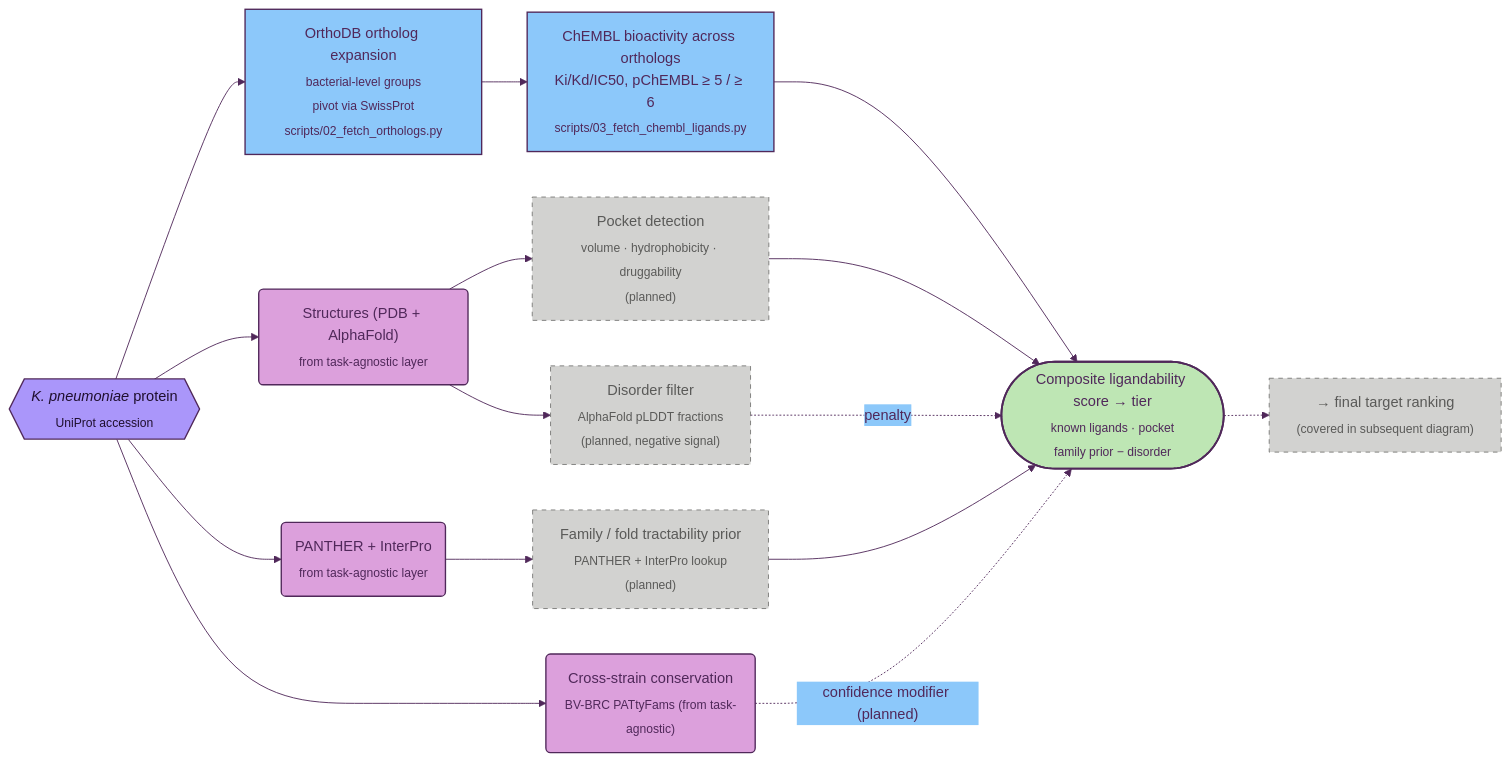
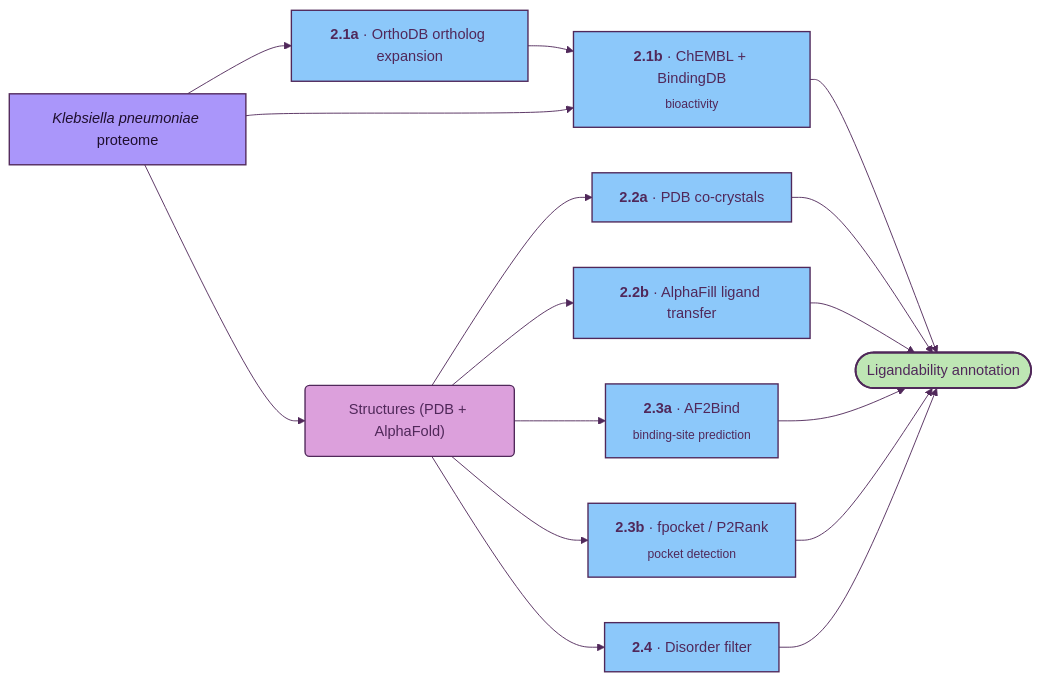
One commit to ersilia-os/gradi-target-prioritization changed the diagram in docs/02_ligandability.md. Above: the diagram before and after it, drawn with Mermaid. The commit also changed other lines of this file and 5 other files, not shown here.

Commit message:
working on diagrams

````diff
--- a/docs/02_ligandability.md
+++ b/docs/02_ligandability.md
@@ -13,37 +5,37 @@
 ```mermaid
 %%{init: {'theme':'base','themeVariables':{'primaryColor':'#FAD782','primaryBorderColor':'#50285A','primaryTextColor':'#50285A','lineColor':'#50285A','secondaryColor':'#8CC8FA','tertiaryColor':'#BEE6B4','clusterBkg':'#F0F0EE','clusterBorder':'#B0B0AE','titleColor':'#50285A','fontFamily':'Inter, system-ui, sans-serif'}}}%%
 flowchart LR
     classDef source    fill:#AA96FA,stroke:#50285A,stroke-width:1.5px,color:#1F0F2E
     classDef dataset   fill:#FAD782,stroke:#50285A,stroke-width:1.5px,color:#50285A
     classDef method    fill:#8CC8FA,stroke:#50285A,stroke-width:1.5px,color:#50285A
     classDef embedding fill:#AA96FA,stroke:#50285A,stroke-width:1.5px,color:#1F0F2E
     classDef result    fill:#BEE6B4,stroke:#50285A,stroke-width:2px,color:#50285A
     classDef tagnostic fill:#DCA0DC,stroke:#50285A,stroke-width:1.5px,color:#50285A
     classDef stub      fill:#FAA08C,stroke:#50285A,stroke-width:1.5px,stroke-dasharray:6 3,color:#50285A
     classDef planned   fill:#D2D2D0,stroke:#7A7A78,stroke-width:1px,stroke-dasharray:5 5,color:#5A5A58
 
-    P{{"<i>K. pneumoniae</i> protein<br/><sub>UniProt accession</sub>"}}:::source
+    P["<i>Klebsiella pneumoniae</i> proteome"]:::source
 
-    STR("Structures (PDB + AlphaFold)<br/><sub>from task-agnostic layer</sub>"):::tagnostic
-    FAM("PANTHER + InterPro<br/><sub>from task-agnostic layer</sub>"):::tagnostic
-    CONS("Cross-strain conservation<br/><sub>BV-BRC PATtyFams (from task-agnostic)</sub>"):::tagnostic
+    STR("Structures (PDB + AlphaFold)"):::tagnostic
 
-    P --> ORTH["OrthoDB ortholog expansion<br/><sub>bacterial-level groups<br/>pivot via SwissProt</sub><br/><sub>scripts/02_fetch_orthologs.py</sub>"]:::method
-    ORTH --> CHEM["ChEMBL bioactivity across orthologs<br/>Ki/Kd/IC50, pChEMBL ≥ 5 / ≥ 6<br/><sub>scripts/03_fetch_chembl_ligands.py</sub>"]:::method
+    P --> ORTH["<b>2.1a</b> · OrthoDB ortholog expansion"]:::method
+    ORTH --> LIG["<b>2.1b</b> · ChEMBL + BindingDB<br/><sub>bioactivity</sub>"]:::method
+    P --> LIG
 
     P --> STR
-    P --> FAM
-    P --> CONS
 
-    STR --> POCK["Pocket detection<br/><sub>volume · hydrophobicity · druggability</sub><br/><sub>(planned)</sub>"]:::planned
-    STR --> DIS["Disorder filter<br/><sub>AlphaFold pLDDT fractions</sub><br/><sub>(planned, negative signal)</sub>"]:::planned
-    FAM --> PRIOR["Family / fold tractability prior<br/><sub>PANTHER + InterPro lookup</sub><br/><sub>(planned)</sub>"]:::planned
+    STR --> COCR["<b>2.2a</b> · PDB co-crystals"]:::method
+    STR --> AFILL["<b>2.2b</b> · AlphaFill ligand transfer"]:::method
 
-    CHEM  --> SCORE(["Composite ligandability score → tier<br/><sub>known ligands · pocket<br/>family prior − disorder</sub>"]):::result
+    STR --> BIND["<b>2.3a</b> · AF2Bind<br/><sub>binding-site prediction</sub>"]:::method
+    STR --> POCK["<b>2.3b</b> · fpocket / P2Rank<br/><sub>pocket detection</sub>"]:::method
+
+    STR --> DIS["<b>2.4</b> · Disorder filter"]:::method
+
+    LIG   --> SCORE(["Ligandability annotation"]):::result
+    COCR  --> SCORE
+    AFILL --> SCORE
+    BIND  --> SCORE
     POCK  --> SCORE
-    PRIOR --> SCORE
-    DIS  -.->|"penalty"| SCORE
-    CONS -.->|"confidence modifier (planned)"| SCORE
-
-    SCORE -.-> NEXT["→ final target ranking<br/><sub>(covered in subsequent diagram)</sub>"]:::planned
+    DIS   --> SCORE
 ```
````
